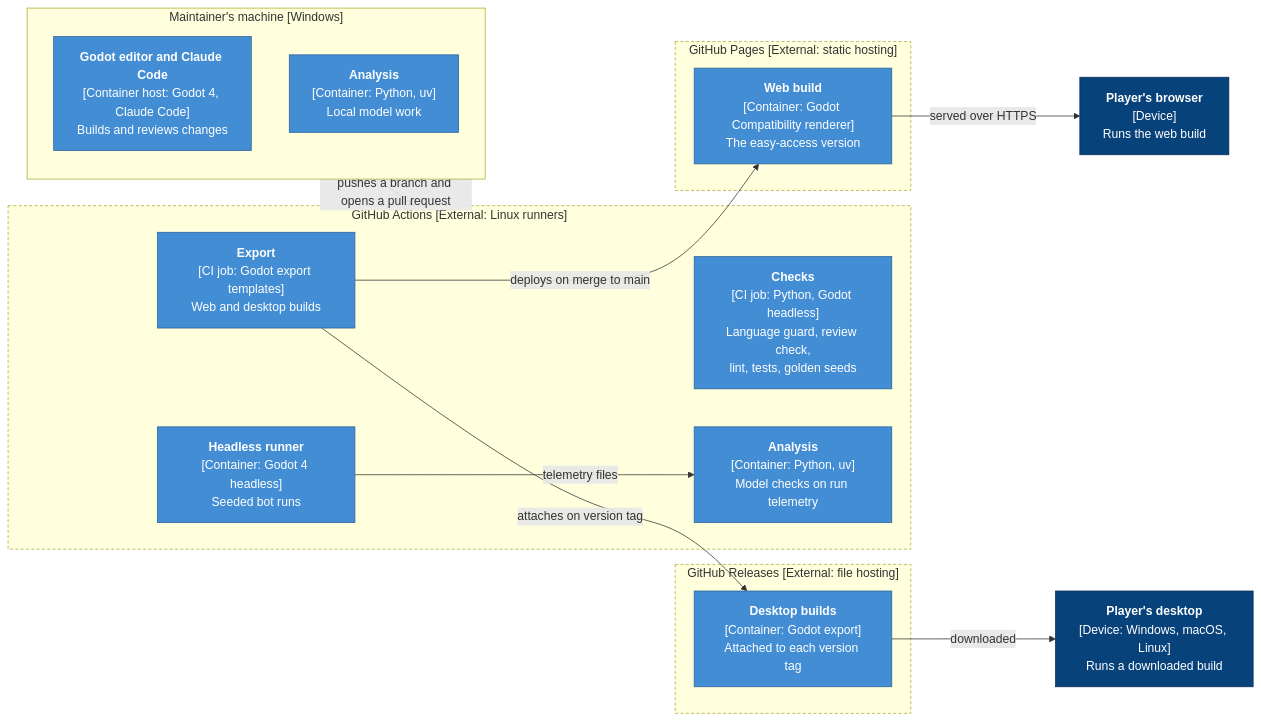
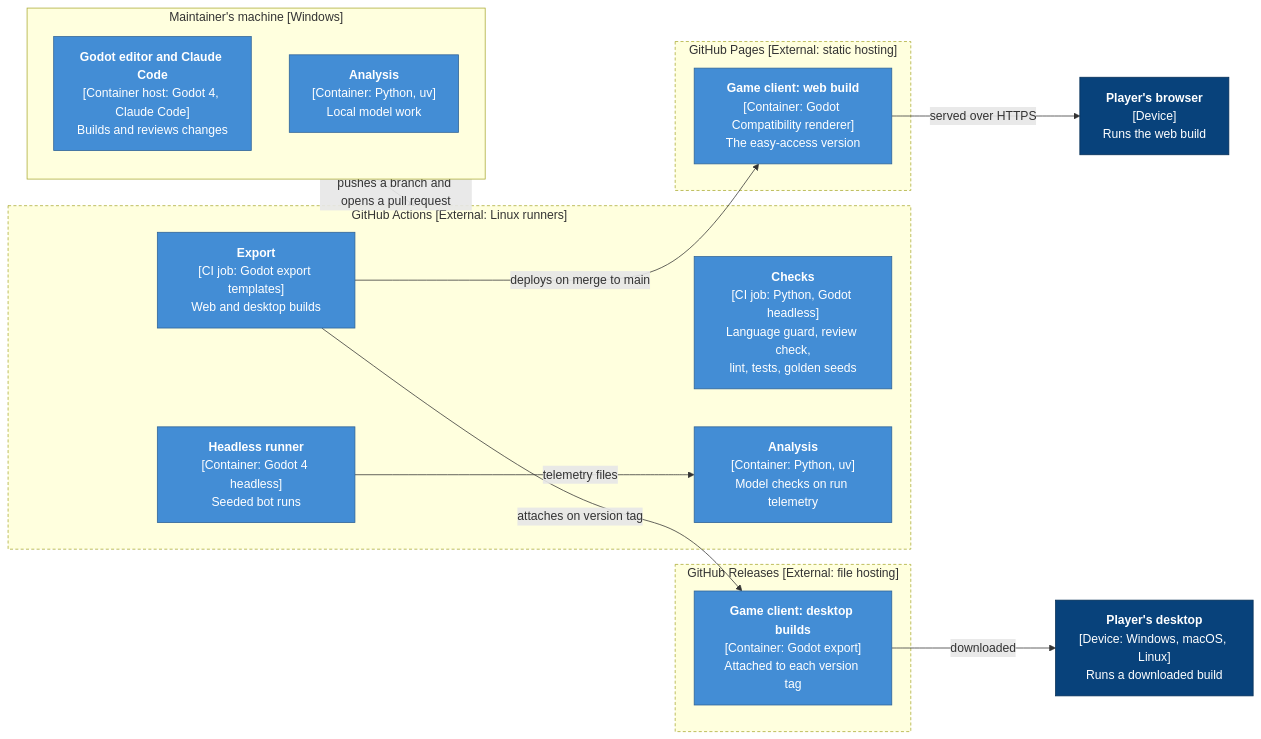
The sixth of 7 diagrams in docs/architecture/overview.md (Huntling94/tallow), drawn with Mermaid before and after one commit. The commit also changed other lines of this file and 2 other files, not shown here.

````diff
--- a/docs/architecture/overview.md
+++ b/docs/architecture/overview.md
@@ -189,36 +191,36 @@
 ```mermaid
 flowchart LR
     subgraph dev["Maintainer's machine [Windows]"]
         editor["<b>Godot editor and Claude Code</b><br/>[Container host: Godot 4, Claude Code]<br/>Builds and reviews changes"]
         localpy["<b>Analysis</b><br/>[Container: Python, uv]<br/>Local model work"]
     end
     subgraph gha["GitHub Actions [External: Linux runners]"]
         checks["<b>Checks</b><br/>[CI job: Python, Godot headless]<br/>Language guard, review check,<br/>lint, tests, golden seeds"]
         headless["<b>Headless runner</b><br/>[Container: Godot 4 headless]<br/>Seeded bot runs"]
         ci_analysis["<b>Analysis</b><br/>[Container: Python, uv]<br/>Model checks on run telemetry"]
         export["<b>Export</b><br/>[CI job: Godot export templates]<br/>Web and desktop builds"]
     end
     subgraph pages["GitHub Pages [External: static hosting]"]
-        web["<b>Web build</b><br/>[Container: Godot Compatibility renderer]<br/>The easy-access version"]
+        web["<b>Game client: web build</b><br/>[Container: Godot Compatibility renderer]<br/>The easy-access version"]
     end
     subgraph releases["GitHub Releases [External: file hosting]"]
-        desktop["<b>Desktop builds</b><br/>[Container: Godot export]<br/>Attached to each version tag"]
+        desktop["<b>Game client: desktop builds</b><br/>[Container: Godot export]<br/>Attached to each version tag"]
     end
     browser["<b>Player's browser</b><br/>[Device]<br/>Runs the web build"]
     pc["<b>Player's desktop</b><br/>[Device: Windows, macOS, Linux]<br/>Runs a downloaded build"]
 
     dev -- "pushes a branch and opens a pull request" --> gha
     headless -- "telemetry files" --> ci_analysis
     export -- "deploys on merge to main" --> web
     export -- "attaches on version tag" --> desktop
     web -- "served over HTTPS" --> browser
     desktop -- "downloaded" --> pc
 
     classDef container fill:#438dd5,color:#fff,stroke:#2e6295
     classDef device fill:#08427b,color:#fff,stroke:#052e56
     class editor,localpy,checks,headless,ci_analysis,export,web,desktop container
     class browser,pc device
     style gha stroke-dasharray:4 3
     style pages stroke-dasharray:4 3
     style releases stroke-dasharray:4 3
 ```
````
